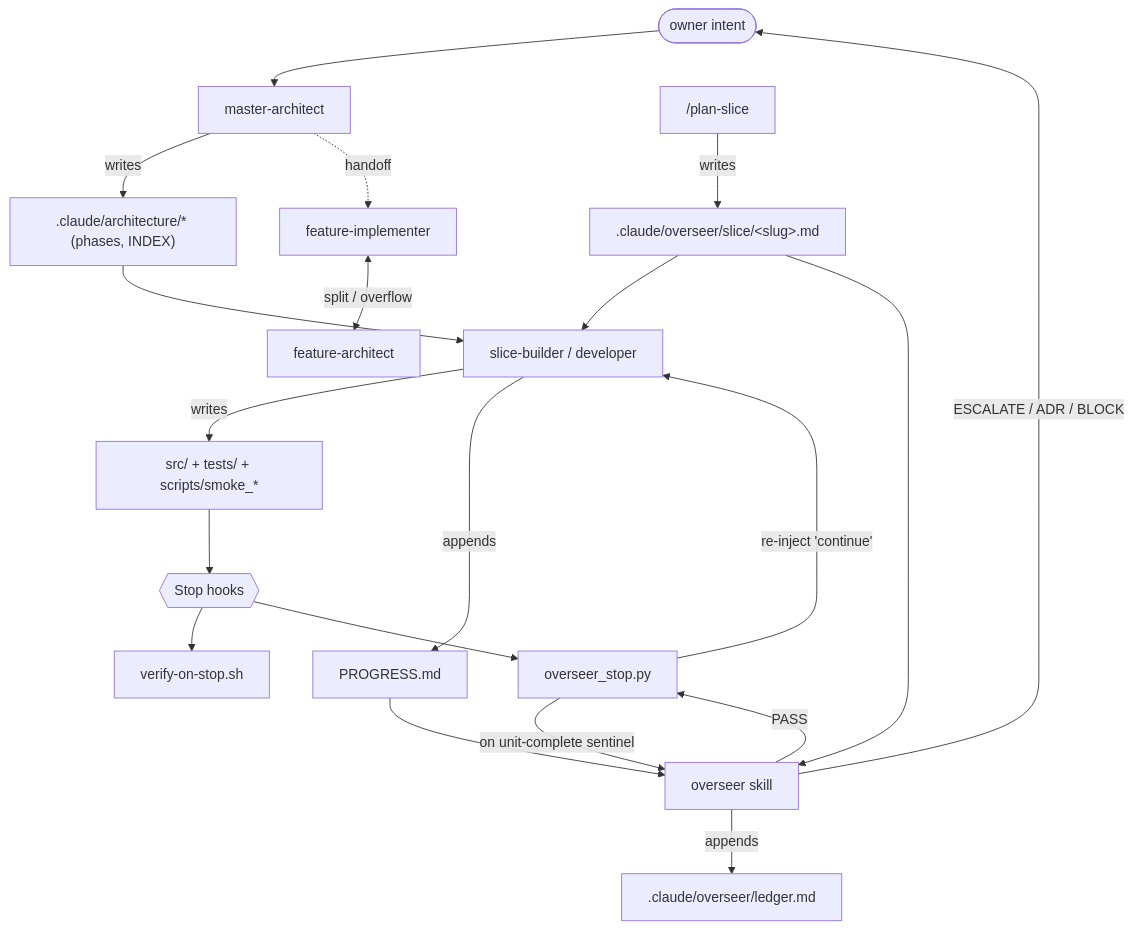
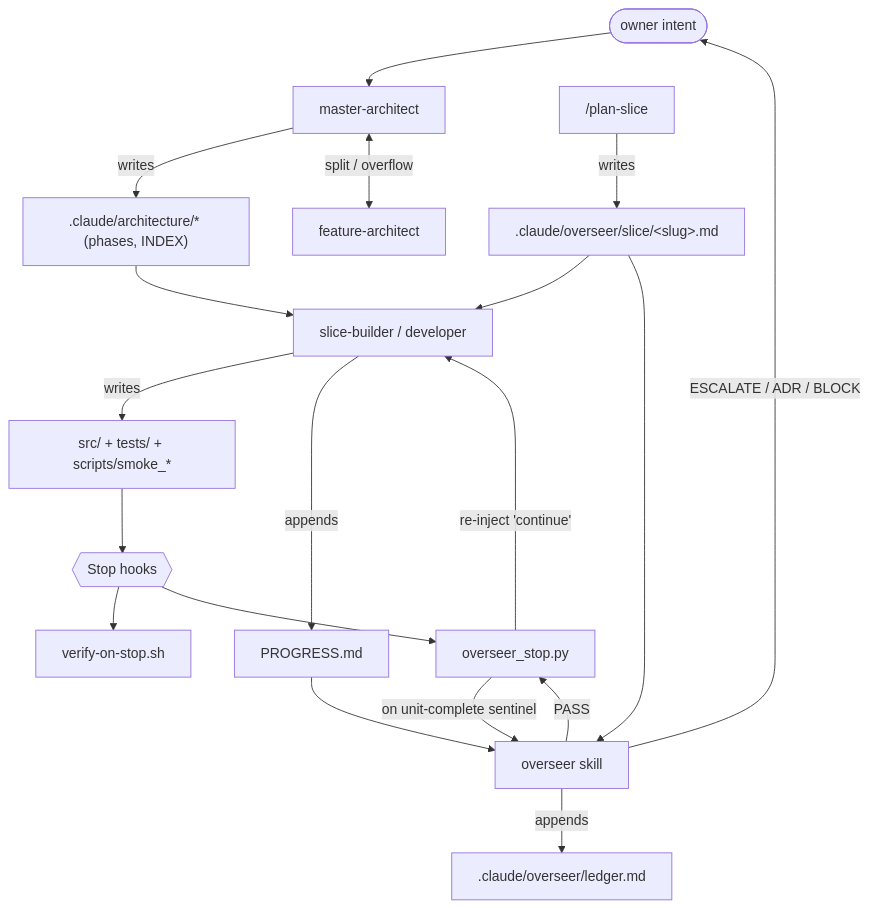
Before and after one commit to Tolkoton/claude-cli-config: the first of 2 diagrams in .claude/README.md, drawn with Mermaid. The commit also changed other lines of this file and 47 other files, not shown here.

````diff
--- a/.claude/README.md
+++ b/.claude/README.md
@@ -126,22 +114,21 @@
 ```mermaid
 flowchart TD
   user([owner intent]) --> MA[master-architect]
   MA -->|writes| ARCH[".claude/architecture/* (phases, INDEX)"]
-  MA -.handoff.-> FI[feature-implementer]
-  FI <-->|split / overflow| FA[feature-architect]
+  MA <-->|split / overflow| FA[feature-architect]
   PS["/plan-slice"] -->|writes| SC[".claude/overseer/slice/&lt;slug&gt;.md"]
   SC --> SB[slice-builder / developer]
   ARCH --> SB
   SB -->|writes| CODE["src/ + tests/ + scripts/smoke_*"]
   SB -->|appends| PROG[PROGRESS.md]
   CODE --> STOP{{Stop hooks}}
   STOP --> VOS[verify-on-stop.sh]
   STOP --> OST[overseer_stop.py]
   OST -->|on unit-complete sentinel| OV[overseer skill]
   SC --> OV
   PROG --> OV
   OV -->|appends| LED[".claude/overseer/ledger.md"]
   OV -->|PASS| OST
   OST -->|re-inject 'continue'| SB
   OV -->|ESCALATE / ADR / BLOCK| user
 ```
````
